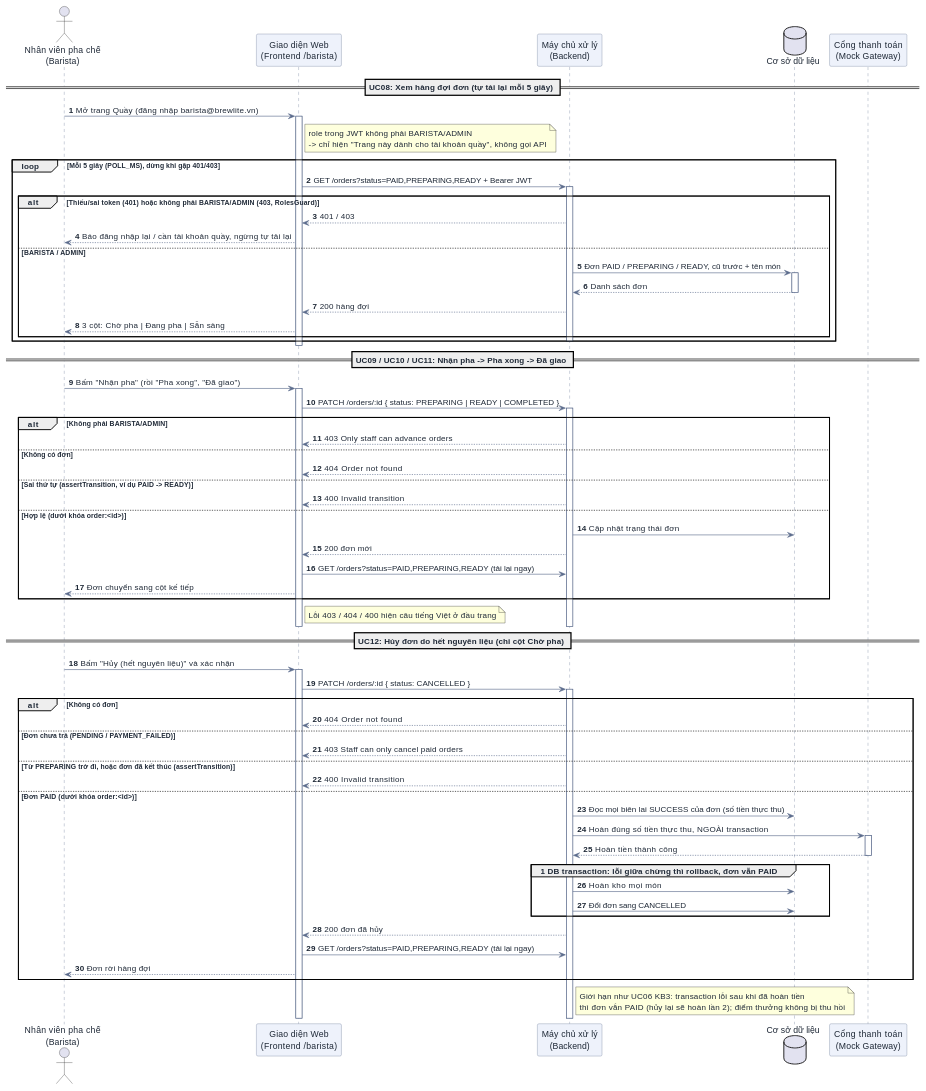
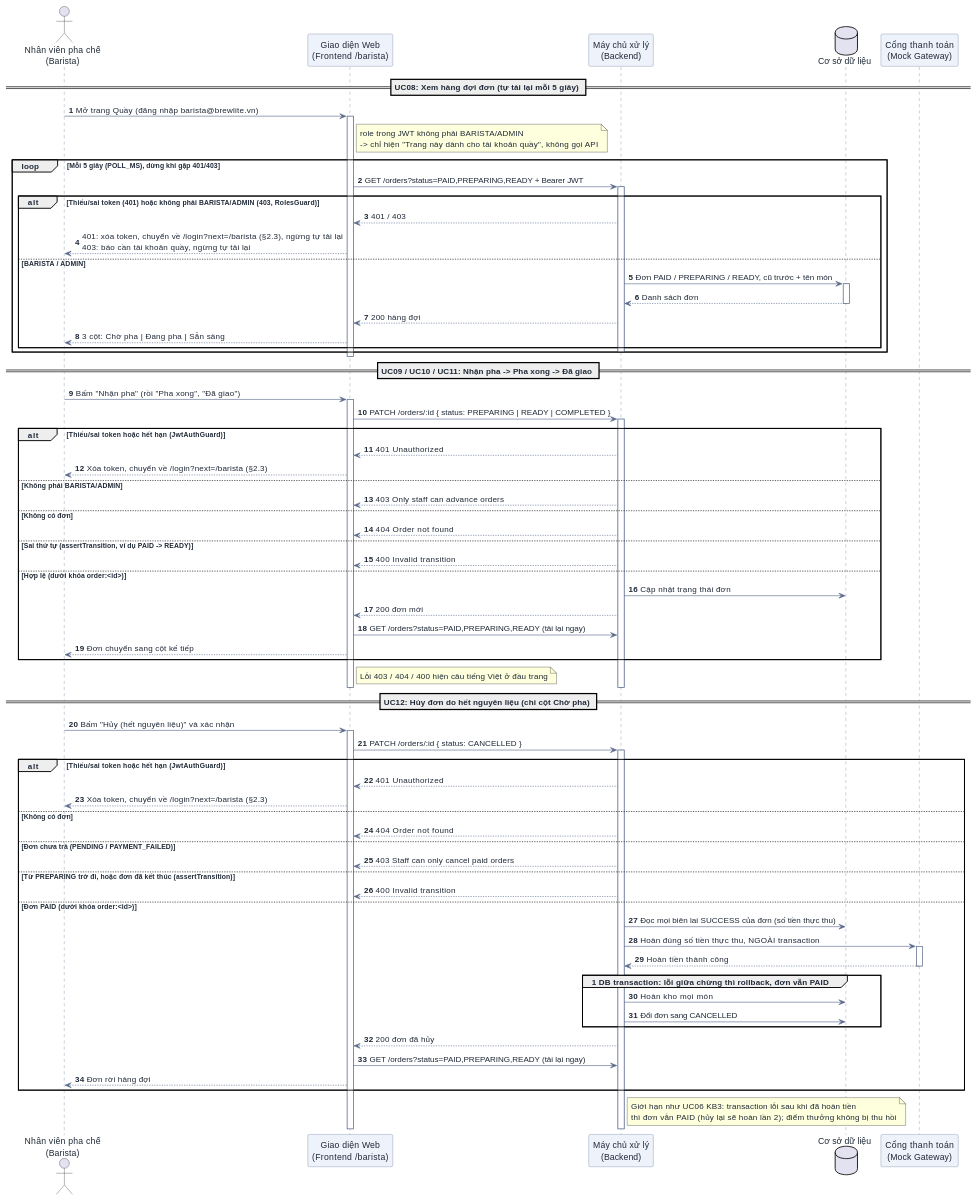
One commit to DuVinhLoi/BrewLite changed the eighth of 9 diagrams in docs/user-sequence-specifications.md. Above: the diagram before and after it, drawn with PlantUML. The commit also changed other lines of this file and 62 other files, not shown here.

```diff
--- a/docs/user-sequence-specifications.md
+++ b/docs/user-sequence-specifications.md
@@ -747,7 +816,7 @@
     activate BE
     alt Thiếu/sai token (401) hoặc không phải BARISTA/ADMIN (403, RolesGuard)
         BE --> FE : 401 / 403
-        FE --> User : Báo đăng nhập lại / cần tài khoản quầy, ngừng tự tải lại
+        FE --> User : 401: xóa token, chuyển về /login?next=/barista (§2.3), ngừng tự tải lại\n403: báo cần tài khoản quầy, ngừng tự tải lại
     else BARISTA / ADMIN
         BE -> DB : Đơn PAID / PREPARING / READY, cũ trước + tên món
         activate DB
@@ -765,7 +834,10 @@
 activate FE
 FE -> BE : PATCH /orders/:id { status: PREPARING | READY | COMPLETED }
 activate BE
-alt Không phải BARISTA/ADMIN
+alt Thiếu/sai token hoặc hết hạn (JwtAuthGuard)
+    BE --> FE : 401 Unauthorized
+    FE --> User : Xóa token, chuyển về /login?next=/barista (§2.3)
+else Không phải BARISTA/ADMIN
     BE --> FE : 403 Only staff can advance orders
 else Không có đơn
     BE --> FE : 404 Order not found
@@ -786,7 +858,10 @@
 activate FE
 FE -> BE : PATCH /orders/:id { status: CANCELLED }
 activate BE
-alt Không có đơn
+alt Thiếu/sai token hoặc hết hạn (JwtAuthGuard)
+    BE --> FE : 401 Unauthorized
+    FE --> User : Xóa token, chuyển về /login?next=/barista (§2.3)
+else Không có đơn
     BE --> FE : 404 Order not found
 else Đơn chưa trả (PENDING / PAYMENT_FAILED)
     BE --> FE : 403 Staff can only cancel paid orders
```
